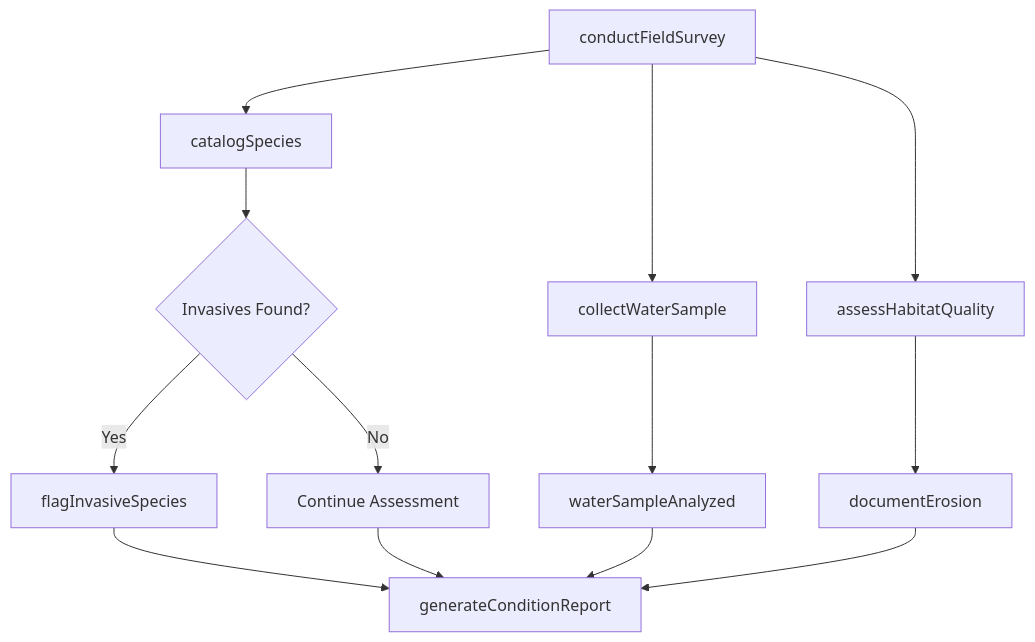
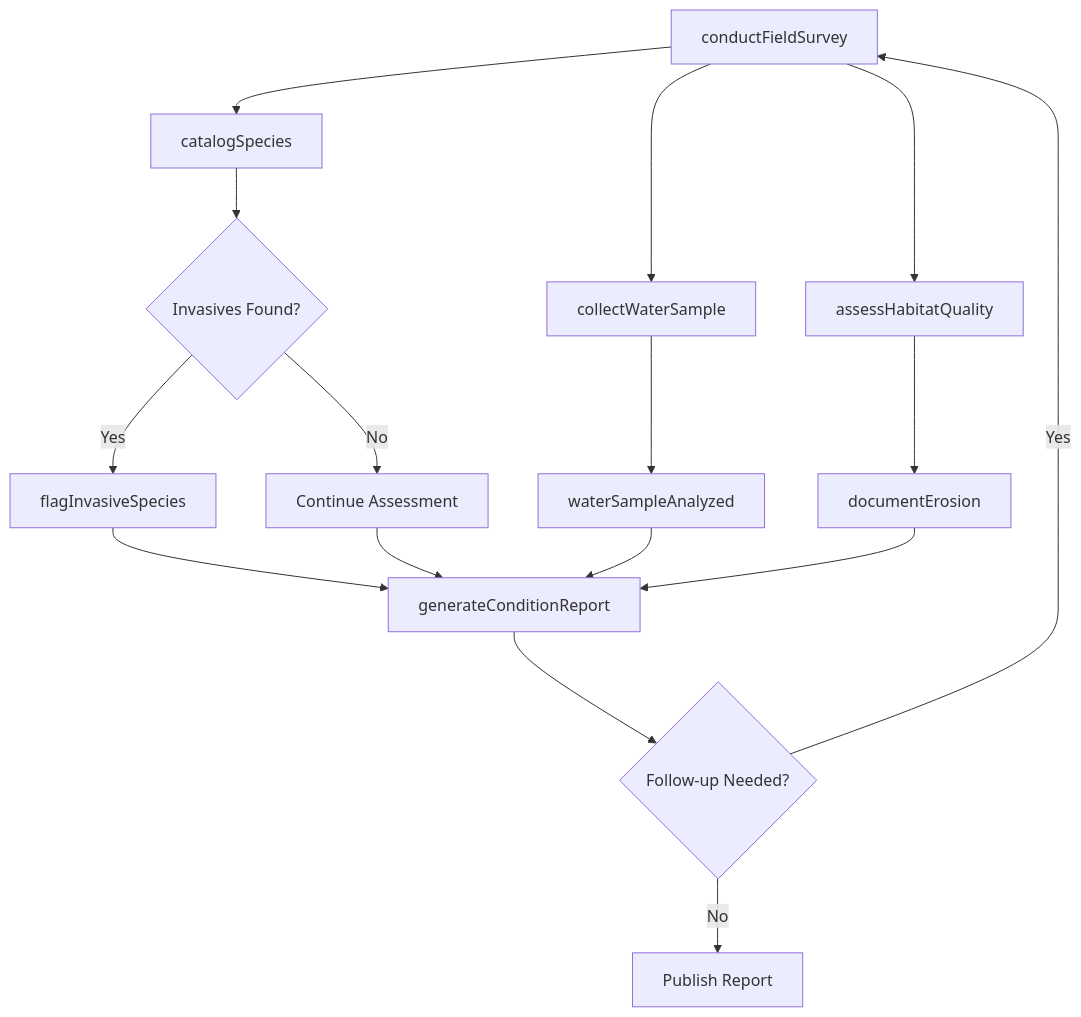
One commit to dot-org-ai/tasks.org.ai changed the third of 4 diagrams in MonitoringProcessesMaterialsOrSurroundings/MonitorEnvironmentalConditions/InspectConditionNaturalEnvironments.mdx. Above: the diagram before and after it, drawn with Mermaid. The commit also changed other lines of this file and 307 other files, not shown here.

First line of the commit message:
feat: Add ER diagrams and state diagrams to remaining 308 DWA task files (wave 3 complete)

````diff
--- a/MonitoringProcessesMaterialsOrSurroundings/MonitorEnvironmentalConditions/InspectConditionNaturalEnvironments.mdx
+++ b/MonitoringProcessesMaterialsOrSurroundings/MonitorEnvironmentalConditions/InspectConditionNaturalEnvironments.mdx
@@ -86,15 +116,18 @@
 ```mermaid
 graph TD
     A[conductFieldSurvey] --> B[catalogSpecies]
     A --> C[collectWaterSample]
     A --> D[assessHabitatQuality]
     B --> E{Invasives Found?}
     E -->|Yes| F[flagInvasiveSpecies]
     E -->|No| G[Continue Assessment]
     C --> H[waterSampleAnalyzed]
     D --> I[documentErosion]
     F --> J[generateConditionReport]
     G --> J
     H --> J
     I --> J
+    J --> K{Follow-up Needed?}
+    K -->|Yes| A
+    K -->|No| L[Publish Report]
 ```
````
